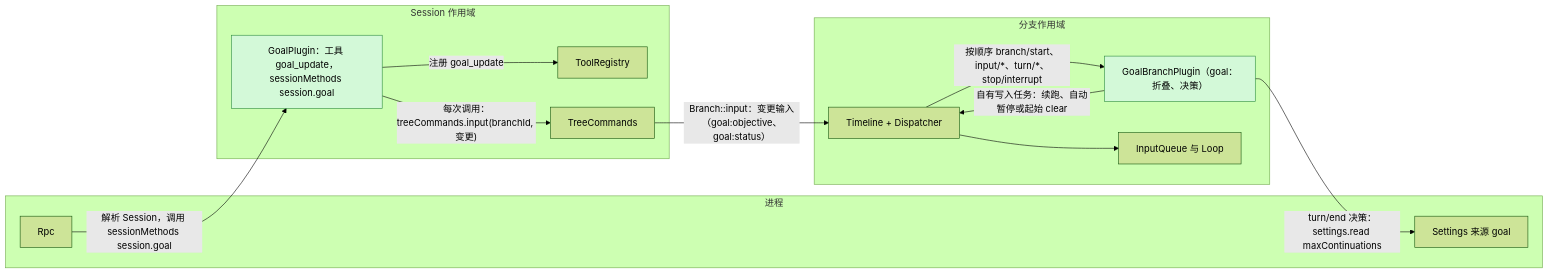
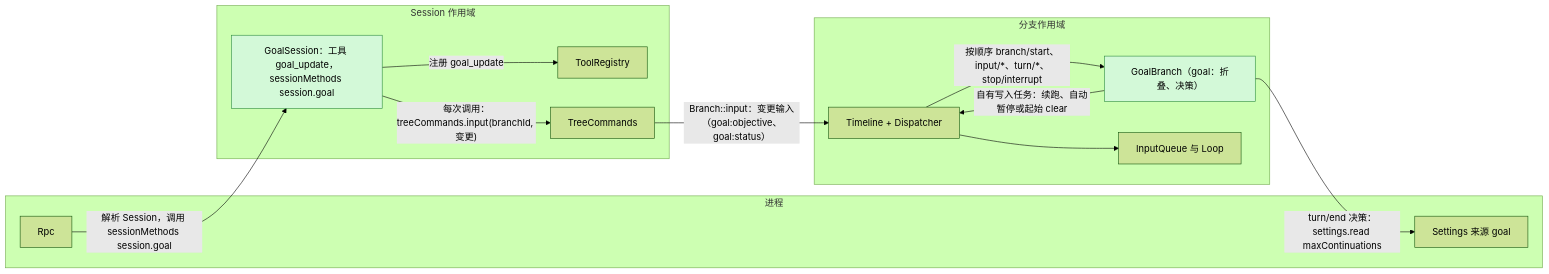
One commit to CoutinhoTTS/dim-agent changed the first of 7 diagrams in docs/zh/design/plugins/Goal.md. Above: the diagram before and after it, drawn with Mermaid (forest theme). The commit also changed other lines of this file and 5 other files, not shown here.

````diff
--- a/docs/zh/design/plugins/Goal.md
+++ b/docs/zh/design/plugins/Goal.md
@@ -11,26 +11,26 @@
 ```mermaid
 flowchart LR
   subgraph PROC["进程"]
     Rpc["Rpc"]
     Settings["Settings 来源 goal"]
   end
   subgraph SESS["Session 作用域"]
-    GS["GoalPlugin：工具 goal_update，sessionMethods session.goal"]:::new
+    GS["GoalSession：工具 goal_update，sessionMethods session.goal"]:::new
     TR["ToolRegistry"]
     TC["TreeCommands"]
   end
   subgraph BR["分支作用域"]
-    GB["GoalBranchPlugin（goal：折叠、决策）"]:::new
+    GB["GoalBranch（goal：折叠、决策）"]:::new
     TL["Timeline + Dispatcher"]
     IQ["InputQueue 与 Loop"]
   end
   GS -- "注册 goal_update" --> TR
   Rpc -- "解析 Session，调用 sessionMethods session.goal" --> GS
   GS -- "每次调用：treeCommands.input(branchId, 变更)" --> TC
   TC -- "Branch::input：变更输入（goal:objective、goal:status）" --> TL
   TL -- "按顺序 branch/start、input/*、turn/*、stop/interrupt" --> GB
   GB -- "自有写入任务：续跑、自动暂停或起始 clear" --> TL
   GB -- "turn/end 决策：settings.read maxContinuations" --> Settings
   TL --> IQ
   classDef new fill:#d3f9d8,stroke:#2b8a3e,color:#000
 ```
````
